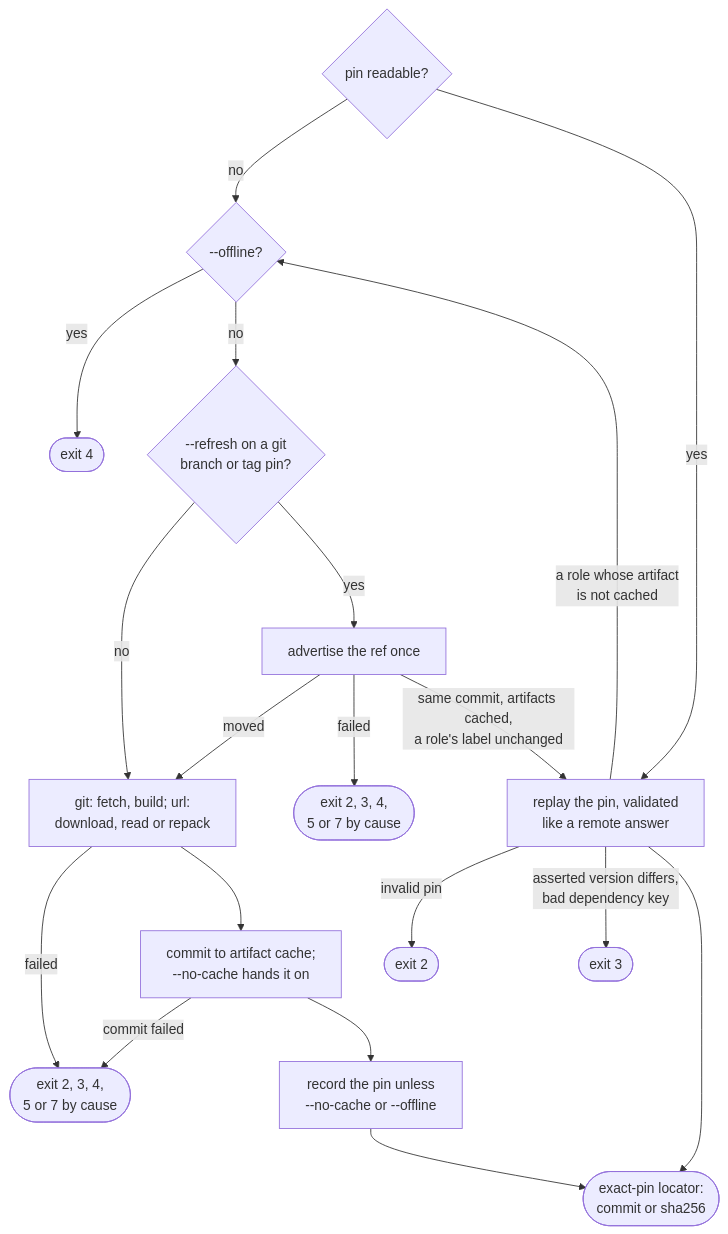
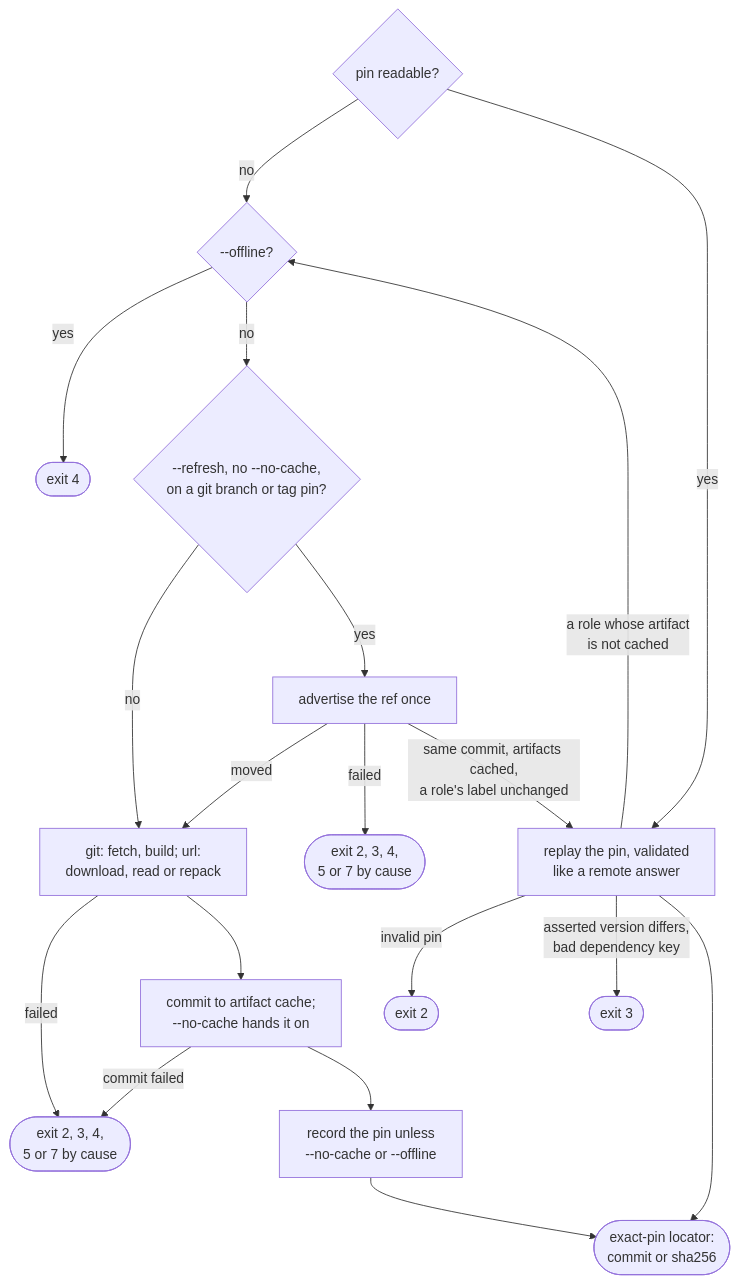
One commit to greeddj/go-galaxy changed the fourth of 7 diagrams in docs/internals/flow-install.md. Above: the diagram before and after it, drawn with Mermaid. The commit also changed 5 other files, not shown here.

````diff
--- a/docs/internals/flow-install.md
+++ b/docs/internals/flow-install.md
@@ -109,21 +109,21 @@
 ```mermaid
 flowchart TD
   P1{"pin readable?"} -->|"no"| P3{"--offline?"}
   P1 -->|"yes"| P2["replay the pin, validated<br/>like a remote answer"]
   P2 -->|"invalid pin"| X2(["exit 2"])
   P2 -->|"asserted version differs,<br/>bad dependency key"| X3(["exit 3"])
   P2 -->|"a role whose artifact<br/>is not cached"| P3
   P3 -->|"yes"| X4(["exit 4"])
-  P3 -->|"no"| P4{"--refresh on a git<br/>branch or tag pin?"}
+  P3 -->|"no"| P4{"--refresh, no --no-cache,<br/>on a git branch or tag pin?"}
   P4 -->|"no"| P6["git: fetch, build; url:<br/>download, read or repack"]
   P4 -->|"yes"| P5["advertise the ref once"]
   P5 -->|"moved"| P6
   P5 -->|"failed"| XF1(["exit 2, 3, 4,<br/>5 or 7 by cause"])
   P5 -->|"same commit, artifacts cached,<br/>a role's label unchanged"| P2
   P6 -->|"failed"| XF(["exit 2, 3, 4,<br/>5 or 7 by cause"])
   P6 --> P7["commit to artifact cache;<br/>--no-cache hands it on"]
   P7 -->|"commit failed"| XF
   P7 --> P8["record the pin unless<br/>--no-cache or --offline"]
   P8 --> OUT(["exact-pin locator:<br/>commit or sha256"])
   P2 --> OUT
 ```
````
